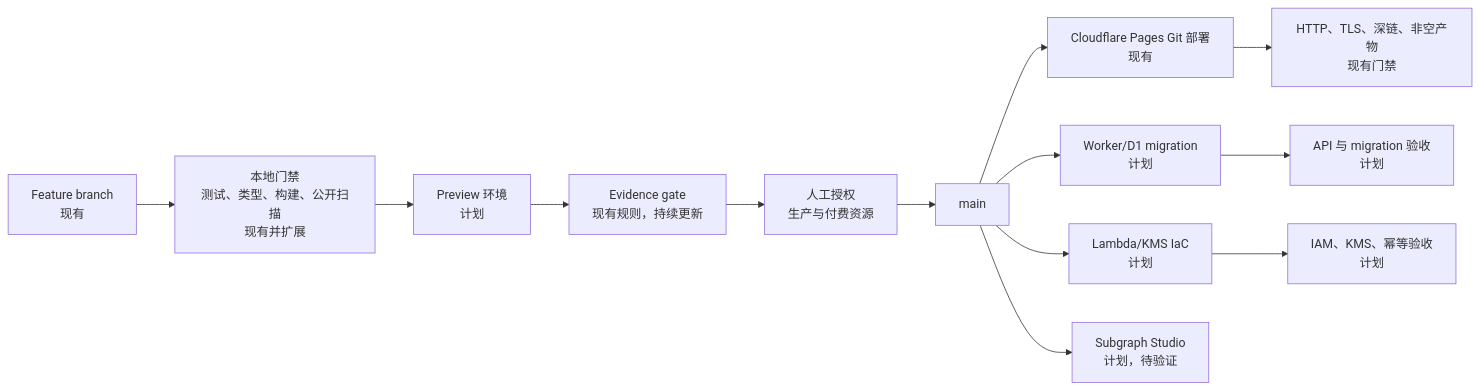
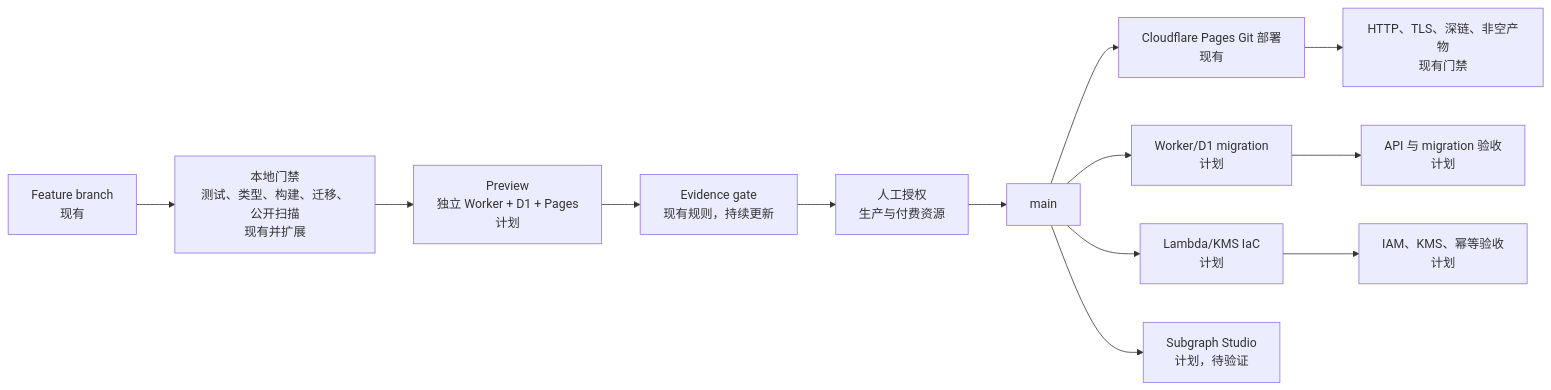
The sixth of 8 diagrams in docs/architecture/starbuddy-web3-architecture.mmd (Tiancheng-Xu/babysteps), drawn with Mermaid before and after one commit. The commit also changed other lines of this file and 1 other file, not shown here.

Commit message:
docs: refine starbuddy web3 architecture

````diff
--- a/docs/architecture/starbuddy-web3-architecture.mmd
+++ b/docs/architecture/starbuddy-web3-architecture.mmd
@@ -71,15 +156,15 @@
 ```mermaid
 flowchart LR
-    feature["Feature branch<br/>现有"] --> local["本地门禁<br/>测试、类型、构建、公开扫描<br/>现有并扩展"]
-    local --> preview["Preview 环境<br/>计划"]
+    feature["Feature branch<br/>现有"] --> local["本地门禁<br/>测试、类型、构建、迁移、公开扫描<br/>现有并扩展"]
+    local --> preview["Preview<br/>独立 Worker + D1 + Pages<br/>计划"]
     preview --> evidence["Evidence gate<br/>现有规则，持续更新"]
     evidence --> approval["人工授权<br/>生产与付费资源"]
     approval --> main["main"]
     main --> pagesDeploy["Cloudflare Pages Git 部署<br/>现有"]
     main --> workerDeploy["Worker/D1 migration<br/>计划"]
     main --> awsDeploy["Lambda/KMS IaC<br/>计划"]
     main --> graphDeploy["Subgraph Studio<br/>计划，待验证"]
     pagesDeploy --> httpCheck["HTTP、TLS、深链、非空产物<br/>现有门禁"]
     workerDeploy --> apiCheck["API 与 migration 验收<br/>计划"]
     awsDeploy --> kmsCheck["IAM、KMS、幂等验收<br/>计划"]
 ```
````
